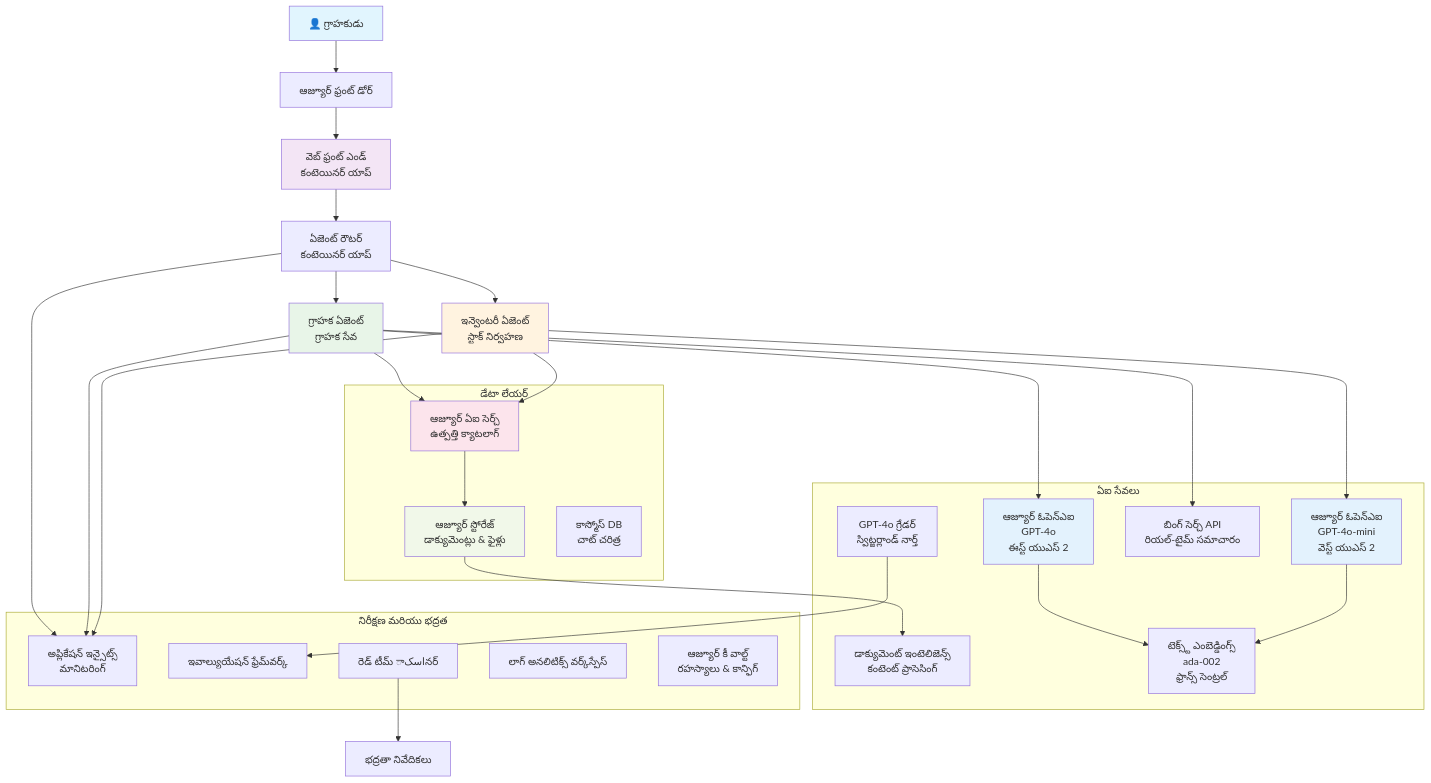
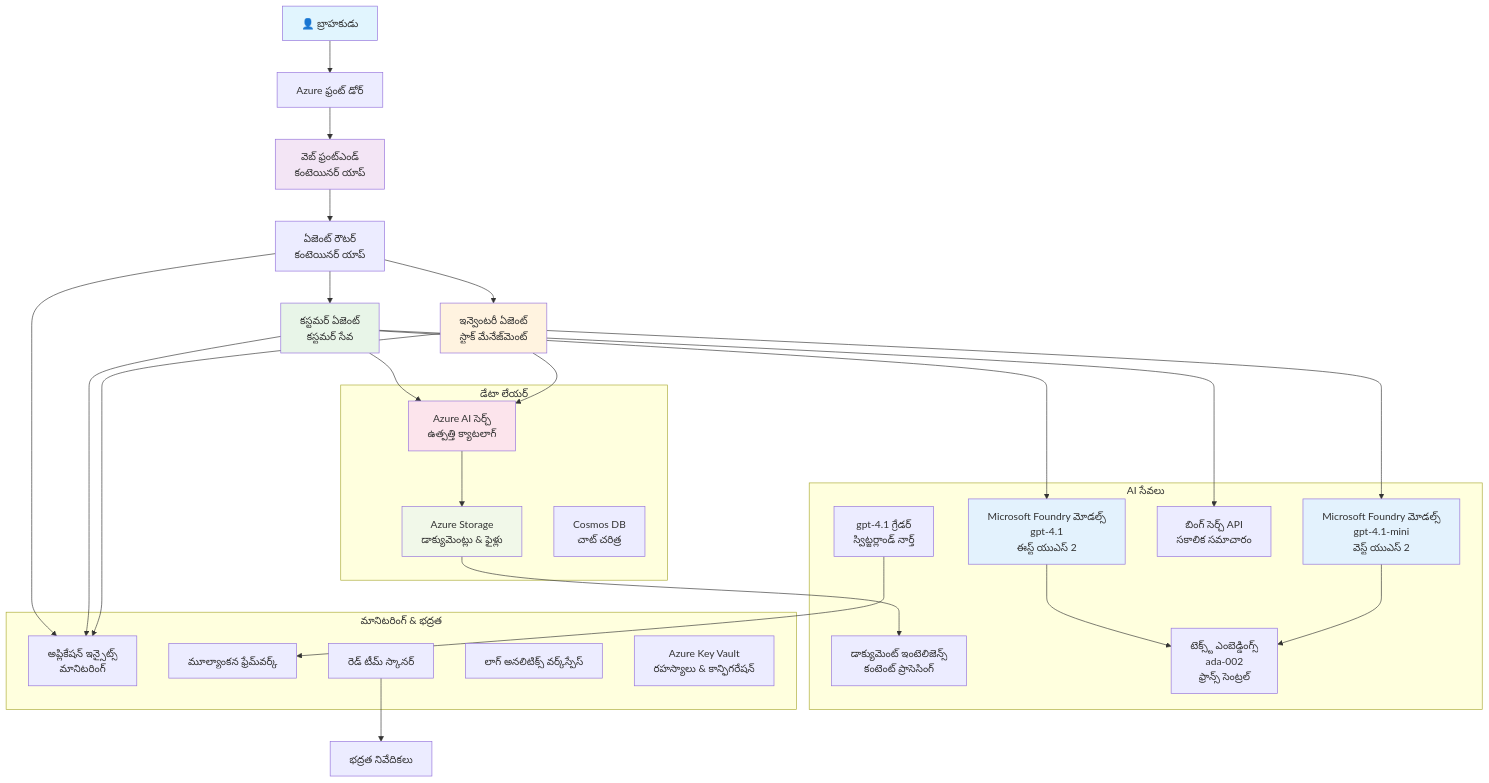
One commit to microsoft/AZD-for-beginners changed the diagram in translations/te/examples/retail-scenario.md. Above: the diagram before and after it, drawn with Mermaid. The commit also changed other lines of this file and 102 other files, not shown here.

````diff
--- a/translations/te/examples/retail-scenario.md
+++ b/translations/te/examples/retail-scenario.md
@@ -139,61 +139,61 @@
 ```mermaid
 graph TB
-    User[👤 గ్రాహకుడు] --> LB[ఆజ్యూర్ ఫ్రంట్ డోర్]
-    LB --> WebApp[వెబ్ ఫ్రంట్ ఎండ్<br/>కంటెయినర్ యాప్]
+    User[👤 బ్రాహకుడు] --> LB[Azure ఫ్రంట్ డోర్]
+    LB --> WebApp[వెబ్ ఫ్రంట్‌ఎండ్<br/>కంటెయినర్ యాప్]
     
     WebApp --> Router[ఏజెంట్ రౌటర్<br/>కంటెయినర్ యాప్]
-    Router --> CustomerAgent[గ్రాహక ఏజెంట్<br/>గ్రాహక సేవ]
-    Router --> InvAgent[ఇన్వెంటరీ ఏజెంట్<br/>స్టాక్ నిర్వహణ]
+    Router --> CustomerAgent[కస్టమర్ ఏజెంట్<br/>కస్టమర్ సేవ]
+    Router --> InvAgent[ఇన్వెంటరీ ఏజెంట్<br/>స్టాక్ మేనేజ్‌మెంట్]
     
-    CustomerAgent --> OpenAI1[ఆజ్యూర్ ఓపెన్‌ఎఐ<br/>GPT-4o<br/>ఈస్ట్ యుఎస్ 2]
-    InvAgent --> OpenAI2[ఆజ్యూర్ ఓపెన్‌ఎఐ<br/>GPT-4o-mini<br/>వెస్ట్ యుఎస్ 2]
+    CustomerAgent --> OpenAI1[Microsoft Foundry మోడల్స్<br/>gpt-4.1<br/>ఈస్ట్ యుఎస్ 2]
+    InvAgent --> OpenAI2[Microsoft Foundry మోడల్స్<br/>gpt-4.1-mini<br/>వెస్ట్ యుఎస్ 2]
     
-    CustomerAgent --> AISearch[ఆజ్యూర్ ఏఐ సెర్చ్<br/>ఉత్పత్తి క్యాటలాగ్]
-    CustomerAgent --> BingSearch[బింగ్ సెర్చ్ API<br/>రియల్-టైమ్ సమాచారం]
+    CustomerAgent --> AISearch[Azure AI సెర్చ్<br/>ఉత్పత్తి క్యాటలాగ్]
+    CustomerAgent --> BingSearch[బింగ్ సెర్చ్ API<br/>సకాలిక సమాచారం]
     InvAgent --> AISearch
     
-    AISearch --> Storage[ఆజ్యూర్ స్టోరేజ్<br/>డాక్యుమెంట్లు & ఫైళ్లు]
+    AISearch --> Storage[Azure Storage<br/>డాక్యుమెంట్లు & ఫైళ్లు]
     Storage --> DocIntel[డాక్యుమెంట్ ఇంటెలిజెన్స్<br/>కంటెంట్ ప్రాసెసింగ్]
     
     OpenAI1 --> Embeddings[టెక్స్ట్ ఎంబెడ్డింగ్స్<br/>ada-002<br/>ఫ్రాన్స్ సెంట్రల్]
     OpenAI2 --> Embeddings
     
     Router --> AppInsights[అప్లికేషన్ ఇన్సైట్స్<br/>మానిటరింగ్]
     CustomerAgent --> AppInsights
     InvAgent --> AppInsights
     
-    GraderModel[GPT-4o గ్రేడర్<br/>స్విట్జర్లాండ్ నార్త్] --> Evaluation[ఇవాల్యుయేషన్ ఫ్రేమ్‌వర్క్]
-    RedTeam[రెడ్ టీమ్ اسکానర్] --> SecurityReports[భద్రతా నివేదికలు]
+    GraderModel[gpt-4.1 గ్రేడర్<br/>స్విట్జర్లాండ్ నార్త్] --> Evaluation[మూల్యాంకన ఫ్రేమ్‌వర్క్]
+    RedTeam[రెడ్ టీమ్ స్కానర్] --> SecurityReports[భద్రత నివేదికలు]
     
     subgraph "డేటా లేయర్"
         Storage
         AISearch
-        CosmosDB[కాస్మోస్ DB<br/>చాట్ చరిత్ర]
+        CosmosDB[Cosmos DB<br/>చాట్ చరిత్ర]
     end
     
-    subgraph "ఏఐ సేవలు"
+    subgraph "AI సేవలు"
         OpenAI1
         OpenAI2
         Embeddings
         GraderModel
         DocIntel
         BingSearch
     end
     
-    subgraph "నిరీక్షణ మరియు భద్రత"
+    subgraph "మానిటరింగ్ & భద్రత"
         AppInsights
         LogAnalytics[లాగ్ అనలిటిక్స్ వర్క్‌స్పేస్]
-        KeyVault[ఆజ్యూర్ కీ వాల్ట్<br/>రహస్యాలు & కాన్ఫిగ్]
+        KeyVault[Azure Key Vault<br/>రహస్యాలు & కాన్ఫిగరేషన్]
         RedTeam
         Evaluation
     end
     
     style User fill:#e1f5fe
     style WebApp fill:#f3e5f5
     style CustomerAgent fill:#e8f5e8
     style InvAgent fill:#fff3e0
     style OpenAI1 fill:#e3f2fd
     style OpenAI2 fill:#e3f2fd
     style AISearch fill:#fce4ec
     style Storage fill:#f1f8e9
 ```
````
